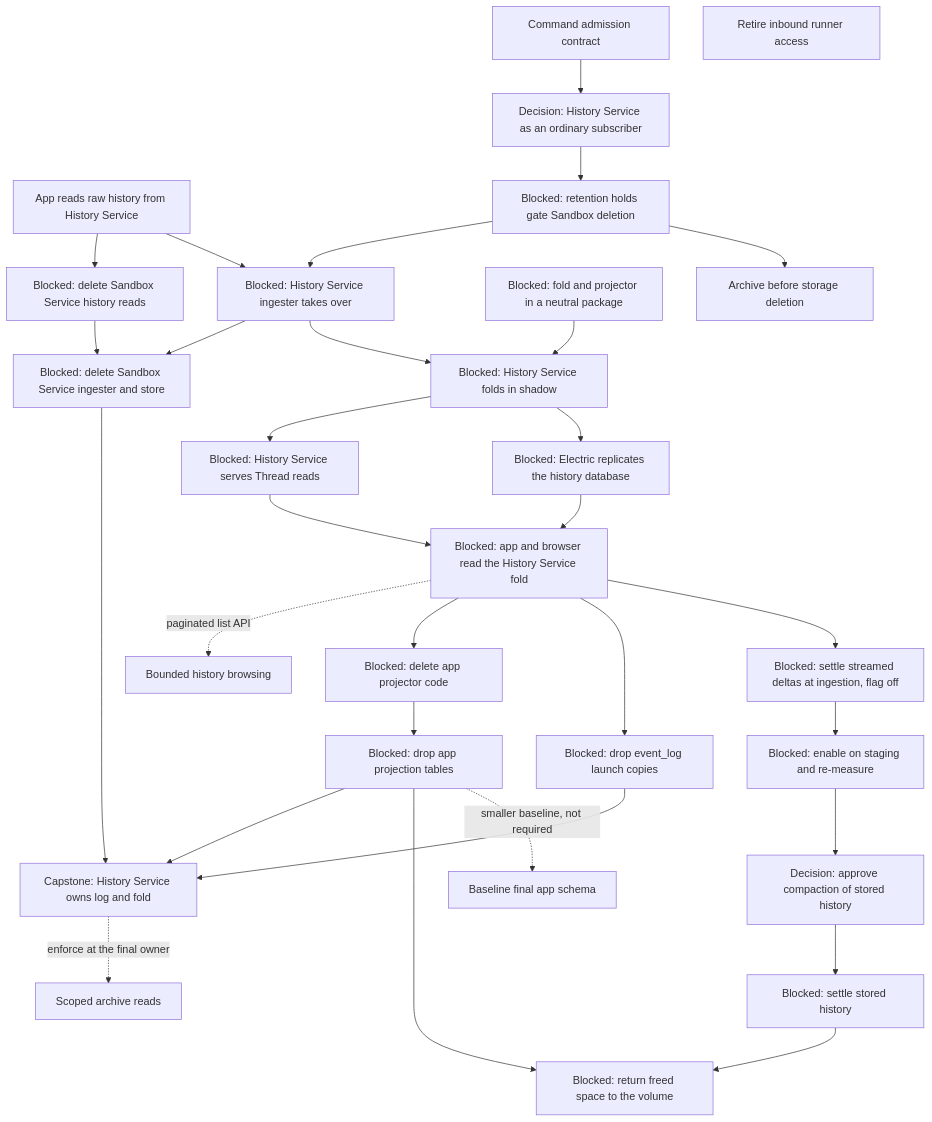
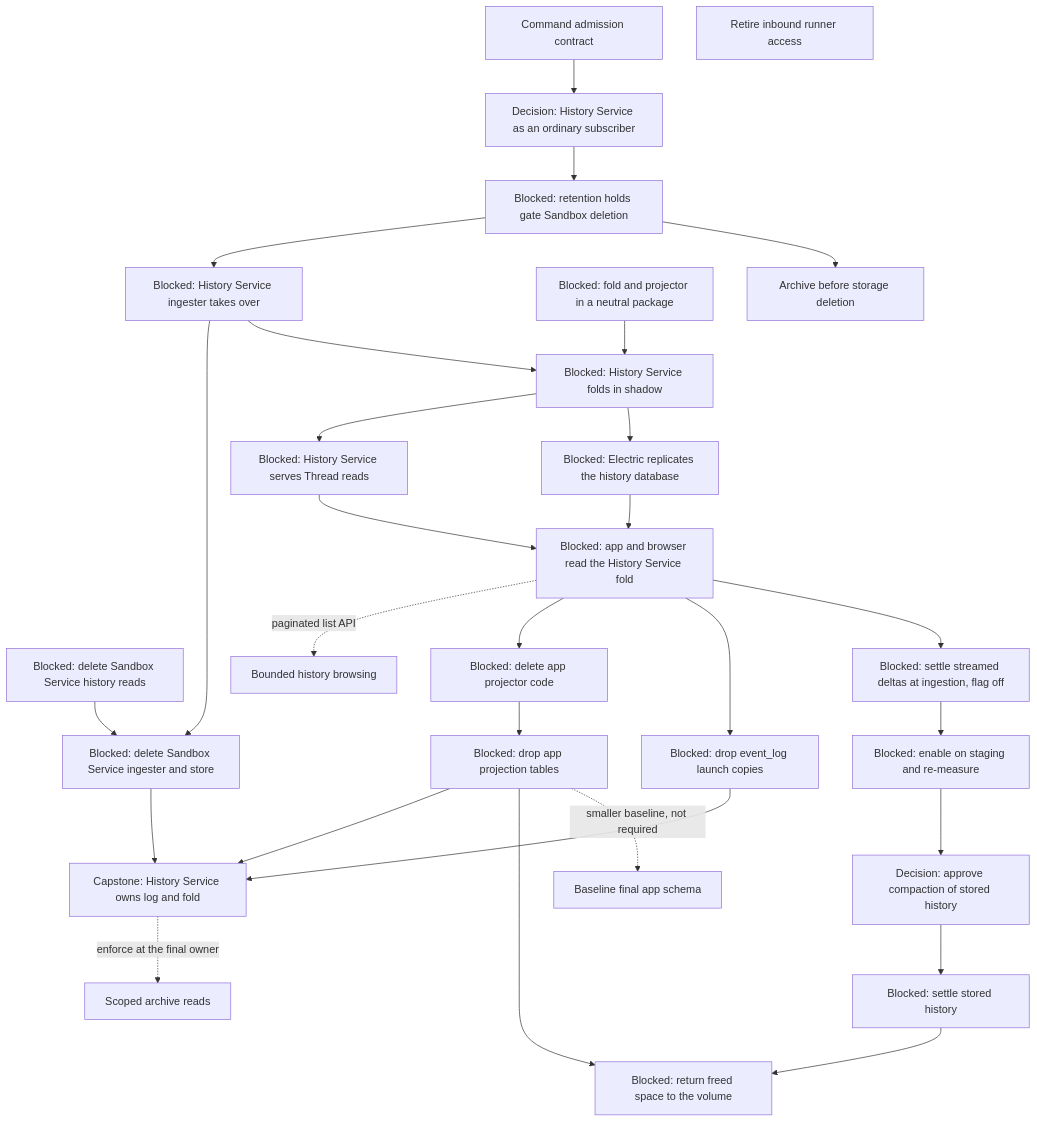
One commit to agentydragon-agent/ducktape changed the eighth of 9 diagrams in agentplane/plans/task_dag.md. Above: the diagram before and after it, drawn with Mermaid. The commit also changed other lines of this file and 47 other files, not shown here.

````diff
--- a/agentplane/plans/task_dag.md
+++ b/agentplane/plans/task_dag.md
@@ -749,58 +749,55 @@
 ```mermaid
 flowchart TD
     SESSION_FOLLOW_CONTRACT[Decision: History Service as an ordinary subscriber]
     SESSION_COMMAND_CONTRACT[Command admission contract]
-    HISTORY_READ_CUTOVER[App reads raw history from History Service]
     SANDBOX_HISTORY_READS_RETIRE[Blocked: delete Sandbox Service history reads]
     RETENTION_HOLDS[Blocked: retention holds gate Sandbox deletion]
     HISTORY_WRITE_HANDOFF[Blocked: History Service ingester takes over]
     SANDBOX_LOCAL_HISTORY_RETIRE[Blocked: delete Sandbox Service ingester and store]
     FOLD_LIBRARY_EXTRACT[Blocked: fold and projector in a neutral package]
     FOLD_SHADOW[Blocked: History Service folds in shadow]
     FOLD_READ_API[Blocked: History Service serves Thread reads]
     ELECTRIC_HISTORY_SOURCE[Blocked: Electric replicates the history database]
     FOLD_READ_CUTOVER[Blocked: app and browser read the History Service fold]
     APP_PROJECTOR_RETIRE[Blocked: delete app projector code]
     APP_PROJECTION_RETIRE[Blocked: drop app projection tables]
     APP_EVENT_LOG_COPIES_RETIRE[Blocked: drop event_log launch copies]
     HISTORY_SERVICE_OWNERSHIP[Capstone: History Service owns log and fold]
     SESSION_EVENT_RETENTION[Blocked: settle streamed deltas at ingestion, flag off]
     SESSION_EVENT_RETENTION_ENABLE[Blocked: enable on staging and re-measure]
     SESSION_EVENT_COMPACTION_PLAN[Decision: approve compaction of stored history]
     SESSION_EVENT_COMPACTION[Blocked: settle stored history]
     HISTORY_REPACK[Blocked: return freed space to the volume]
     APP_ALEMBIC_SQUASH[Baseline final app schema]
     THREAD_BROWSE_PAGINATE[Bounded history browsing]
     THREAD_READ_POLICY[Scoped archive reads]
     RUNNER_INBOUND_RETIRE[Retire inbound runner access]
     SANDBOX_LIFECYCLE_DURABILITY[Archive before storage deletion]
     SESSION_COMMAND_CONTRACT --> SESSION_FOLLOW_CONTRACT
-    HISTORY_READ_CUTOVER --> SANDBOX_HISTORY_READS_RETIRE
     SESSION_FOLLOW_CONTRACT --> RETENTION_HOLDS
     RETENTION_HOLDS --> HISTORY_WRITE_HANDOFF
-    HISTORY_READ_CUTOVER --> HISTORY_WRITE_HANDOFF
     HISTORY_WRITE_HANDOFF --> SANDBOX_LOCAL_HISTORY_RETIRE
     SANDBOX_HISTORY_READS_RETIRE --> SANDBOX_LOCAL_HISTORY_RETIRE
     FOLD_LIBRARY_EXTRACT --> FOLD_SHADOW
     HISTORY_WRITE_HANDOFF --> FOLD_SHADOW
     FOLD_SHADOW --> FOLD_READ_API
     FOLD_SHADOW --> ELECTRIC_HISTORY_SOURCE
     FOLD_READ_API --> FOLD_READ_CUTOVER
     FOLD_READ_CUTOVER -. paginated list API .-> THREAD_BROWSE_PAGINATE
     ELECTRIC_HISTORY_SOURCE --> FOLD_READ_CUTOVER
     FOLD_READ_CUTOVER --> APP_PROJECTOR_RETIRE
     APP_PROJECTOR_RETIRE --> APP_PROJECTION_RETIRE
     FOLD_READ_CUTOVER --> APP_EVENT_LOG_COPIES_RETIRE
     APP_EVENT_LOG_COPIES_RETIRE --> HISTORY_SERVICE_OWNERSHIP
     APP_PROJECTION_RETIRE --> HISTORY_SERVICE_OWNERSHIP
     SANDBOX_LOCAL_HISTORY_RETIRE --> HISTORY_SERVICE_OWNERSHIP
     FOLD_READ_CUTOVER --> SESSION_EVENT_RETENTION
     SESSION_EVENT_RETENTION --> SESSION_EVENT_RETENTION_ENABLE
     SESSION_EVENT_RETENTION_ENABLE --> SESSION_EVENT_COMPACTION_PLAN
     SESSION_EVENT_COMPACTION_PLAN --> SESSION_EVENT_COMPACTION
     SESSION_EVENT_COMPACTION --> HISTORY_REPACK
     APP_PROJECTION_RETIRE --> HISTORY_REPACK
     APP_PROJECTION_RETIRE -. smaller baseline, not required .-> APP_ALEMBIC_SQUASH
     HISTORY_SERVICE_OWNERSHIP -. enforce at the final owner .-> THREAD_READ_POLICY
     RETENTION_HOLDS --> SANDBOX_LIFECYCLE_DURABILITY
 ```
````
